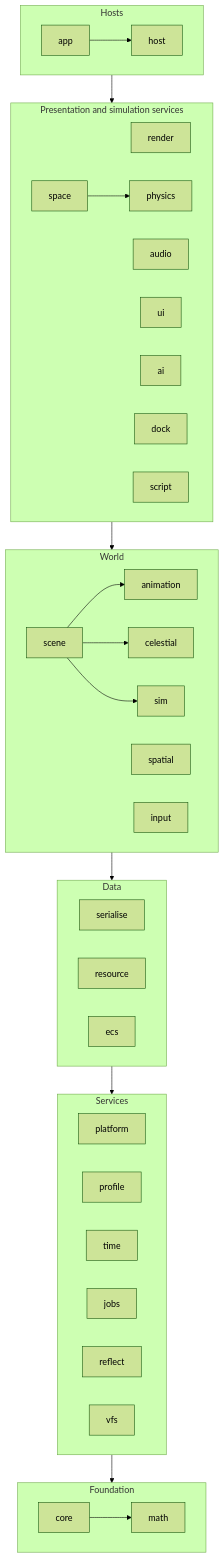
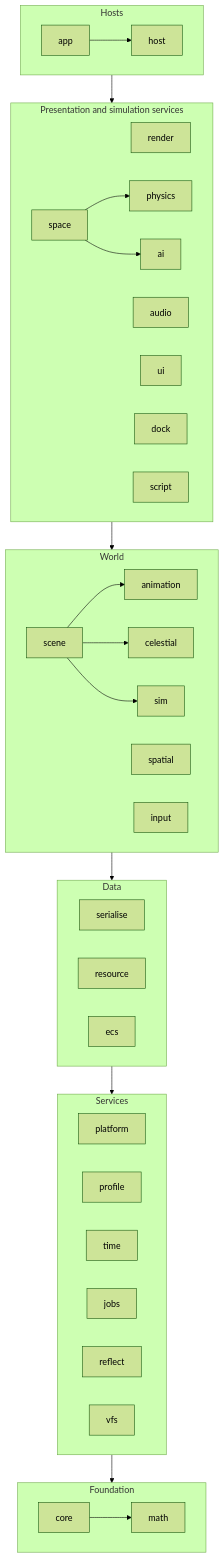
Before and after one commit to ivanhawkes/jettison: the diagram in docs/architecture.md, drawn with Mermaid (forest theme). The commit also changed other lines of this file and 52 other files, not shown here.

````diff
--- a/docs/architecture.md
+++ b/docs/architecture.md
@@ -136,30 +136,31 @@
 ```mermaid
 flowchart TB
     subgraph T0[Foundation]
         core --> math
     end
     subgraph T1[Services]
         platform; profile; time; jobs; reflect; vfs
     end
     subgraph T2[Data]
         serialise; resource; ecs
     end
     subgraph T3[World]
         scene --> animation
         scene --> celestial
         scene --> sim
         sim; spatial; input
     end
     subgraph T4[Presentation and simulation services]
         render; physics; audio; ui; ai; dock; script
         space --> physics
+        space --> ai
     end
     subgraph T5[Hosts]
         app --> host
     end
     T1 --> T0
     T2 --> T1
     T3 --> T2
     T4 --> T3
     T5 --> T4
 ```
````
